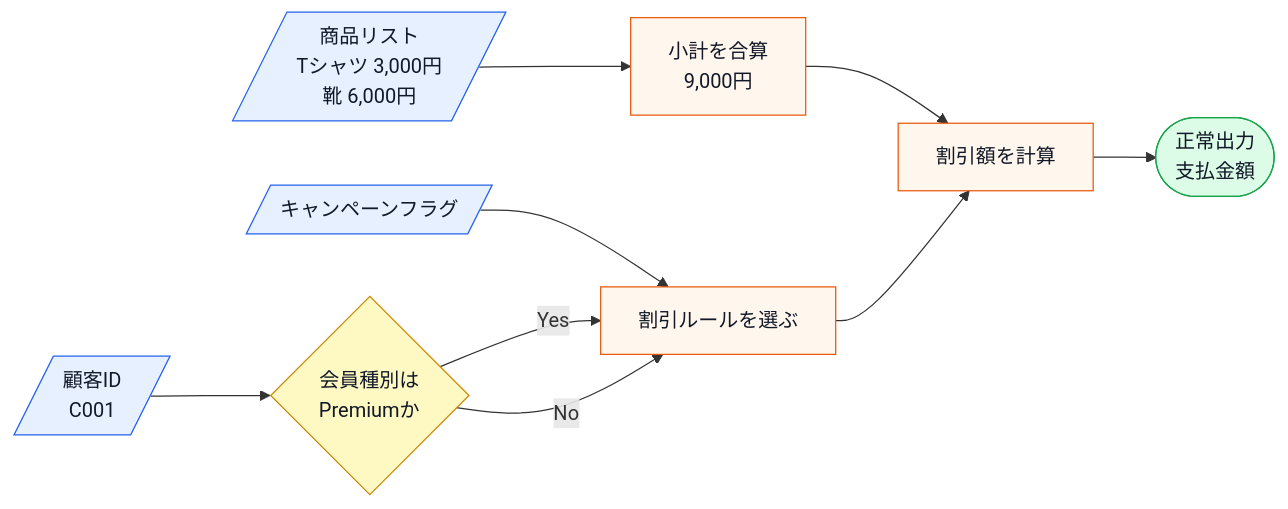
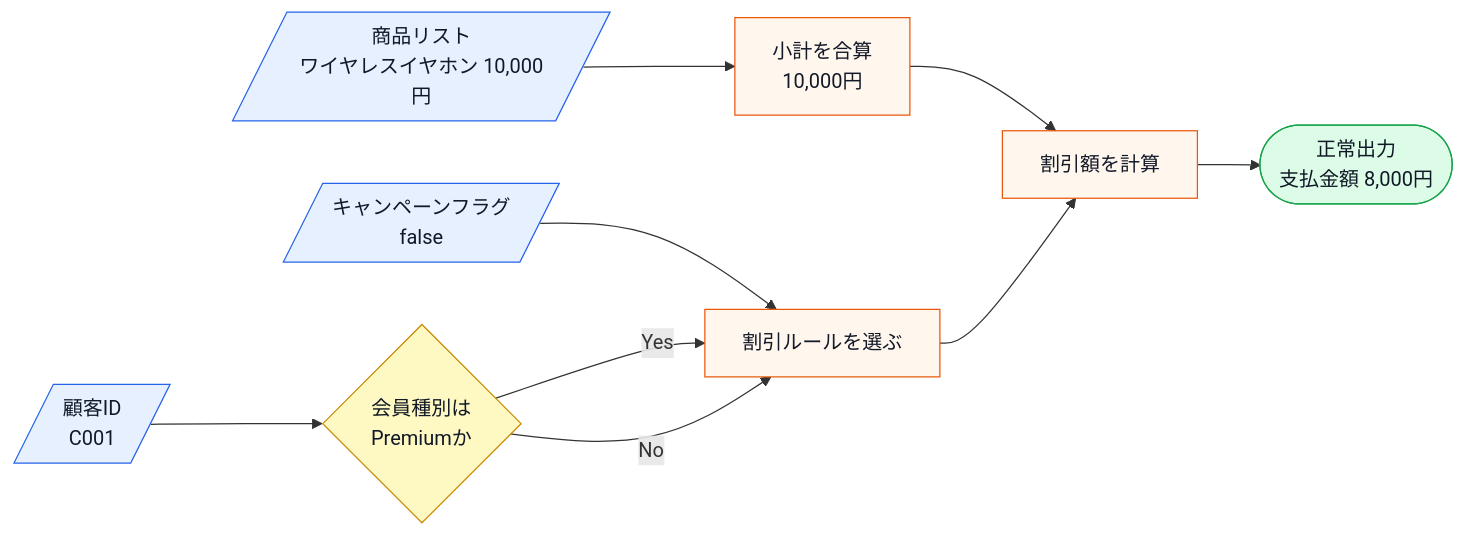
Before and after one commit to kumachan1101-pixel/DesignPattern: the first of 9 diagrams in kindle/design-patterns/output/chapter01.md, drawn with Mermaid. The commit also changed other lines of this file and 1 other file, not shown here.

````diff
--- a/kindle/design-patterns/output/chapter01.md
+++ b/kindle/design-patterns/output/chapter01.md
@@ -46,16 +46,16 @@
 ```mermaid
 flowchart LR
-    A[/商品リスト<br>Tシャツ 3,000円<br>靴 6,000円/]:::input --> G[小計を合算<br>9,000円]:::process
+    A[/商品リスト<br>ワイヤレスイヤホン 10,000円/]:::input --> G[小計を合算<br>10,000円]:::process
     C[/顧客ID<br>C001/]:::input --> D{会員種別は<br>Premiumか}:::decision
-    E[/キャンペーンフラグ/]:::input --> H[割引ルールを選ぶ]:::process
+    E[/キャンペーンフラグ<br>false/]:::input --> H[割引ルールを選ぶ]:::process
     D -->|Yes| H
     D -->|No| H
     G --> I[割引額を計算]:::process
     H --> I
-    I --> J([正常出力<br>支払金額]):::normal
+    I --> J([正常出力<br>支払金額 8,000円]):::normal
 
     classDef input fill:#e7f0ff,stroke:#2563eb,color:#111827;
     classDef process fill:#fff7ed,stroke:#ea580c,color:#111827;
     classDef decision fill:#fef9c3,stroke:#ca8a04,color:#111827;
     classDef normal fill:#dcfce7,stroke:#16a34a,color:#111827;
 ```
````
